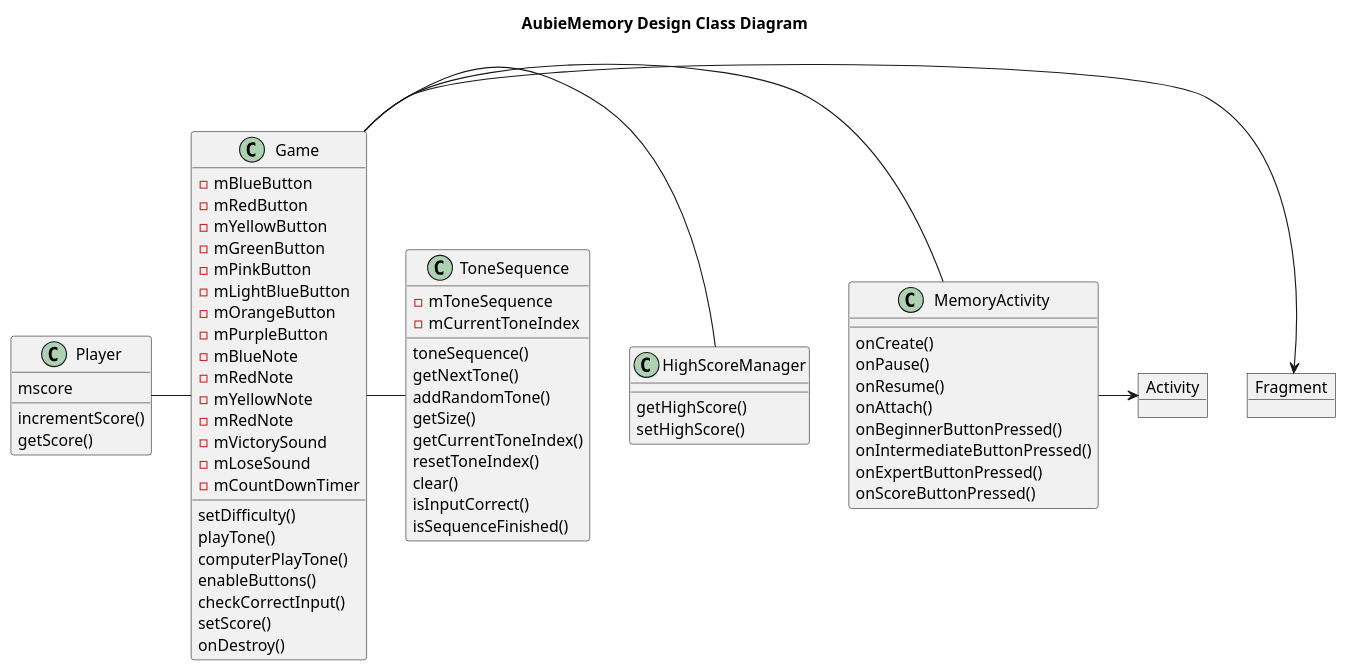
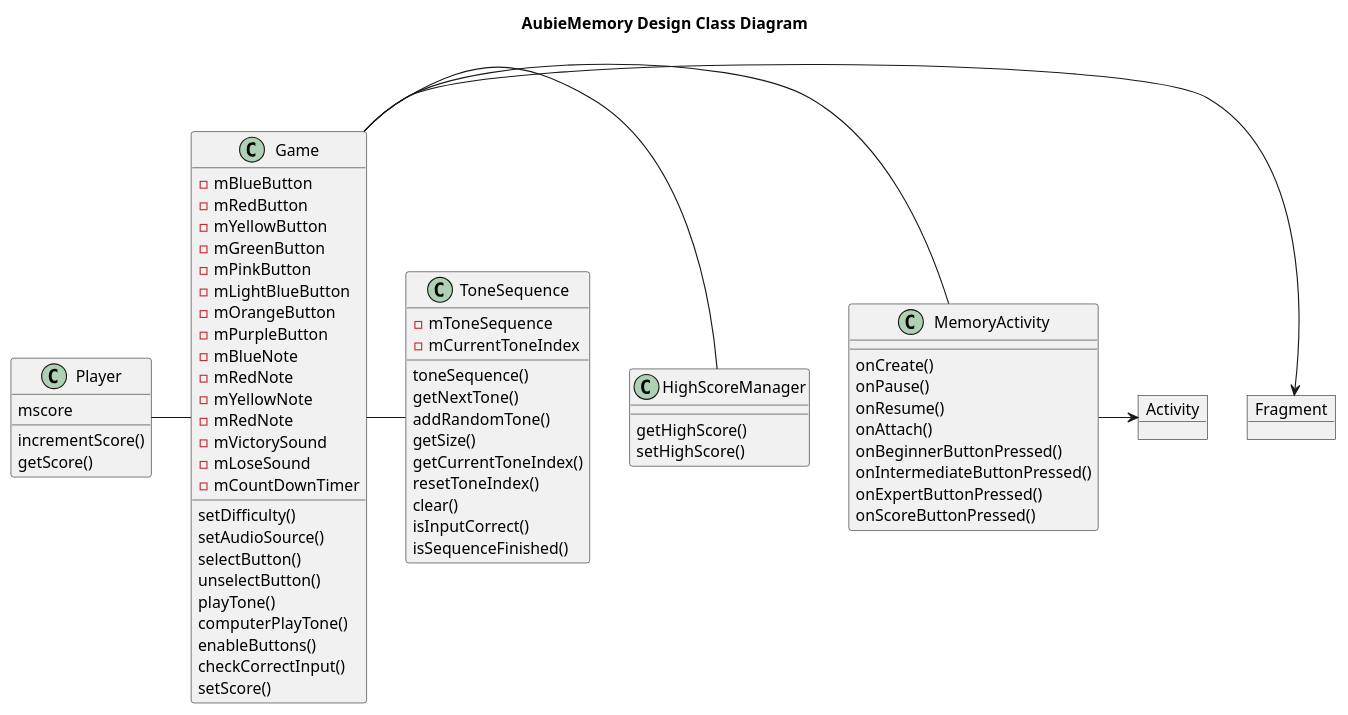
The diagram in app/UML/DC.puml (llittle3701/AubieMemory), drawn with PlantUML before and after one commit. The commit also changed 6 other files, not shown here.

```diff
--- a/app/UML/DC.puml
+++ b/app/UML/DC.puml
@@ -1,74 +1,76 @@
 @startuml
 title AubieMemory Design Class Diagram
 
 class Player {
 mscore
 incrementScore()
 getScore()
 }
 
 class Game {
 -mBlueButton
 -mRedButton
 -mYellowButton
 -mGreenButton
 -mPinkButton
 -mLightBlueButton
 -mOrangeButton
 -mPurpleButton
 -mBlueNote
 -mRedNote
 -mYellowNote
 -mRedNote
 -mVictorySound
 -mLoseSound
 -mCountDownTimer
 setDifficulty()
+setAudioSource()
+selectButton()
+unselectButton()
 playTone()
 computerPlayTone()
 enableButtons()
 checkCorrectInput()
 setScore()
-onDestroy()
 }
 
 class MemoryActivity {
 onCreate()
 onPause()
 onResume()
 onAttach()
 onBeginnerButtonPressed()
 onIntermediateButtonPressed()
 onExpertButtonPressed()
 onScoreButtonPressed()
 }
 
 class HighScoreManager {
 getHighScore()
 setHighScore()
 }
 
 class ToneSequence {
 -mToneSequence
 -mCurrentToneIndex
 toneSequence()
 getNextTone()
 addRandomTone()
 getSize()
 getCurrentToneIndex()
 resetToneIndex()
 clear()
 isInputCorrect()
 isSequenceFinished()
 }
 
 object Activity
 object Fragment
 
 Player - Game
 Game -> Fragment
 Game - MemoryActivity
 Game - HighScoreManager
 Game - ToneSequence
 MemoryActivity -> Activity
 @enduml
```
